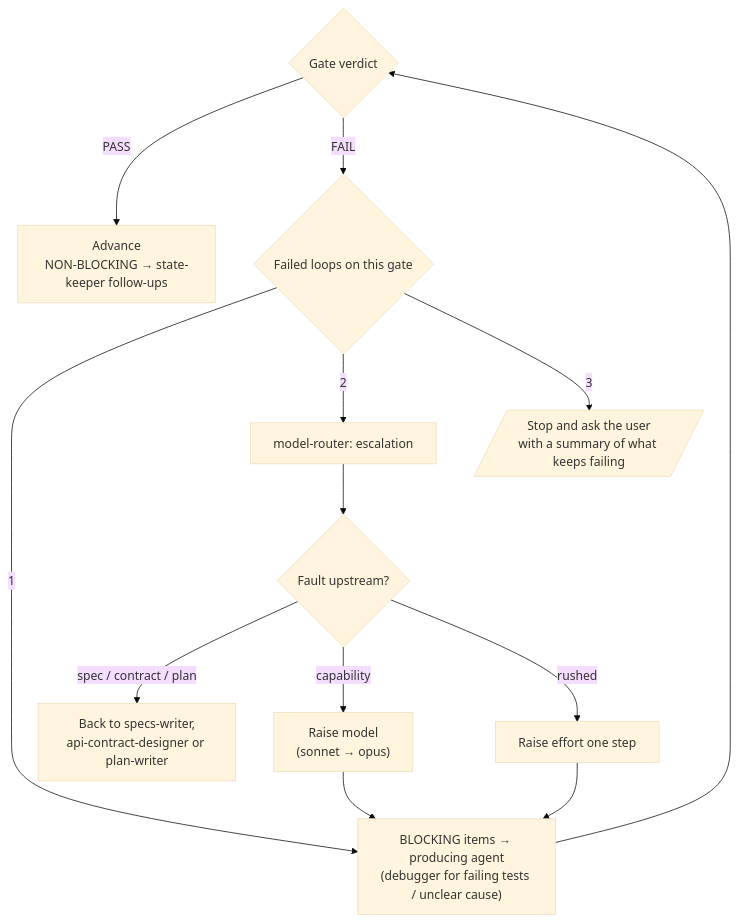
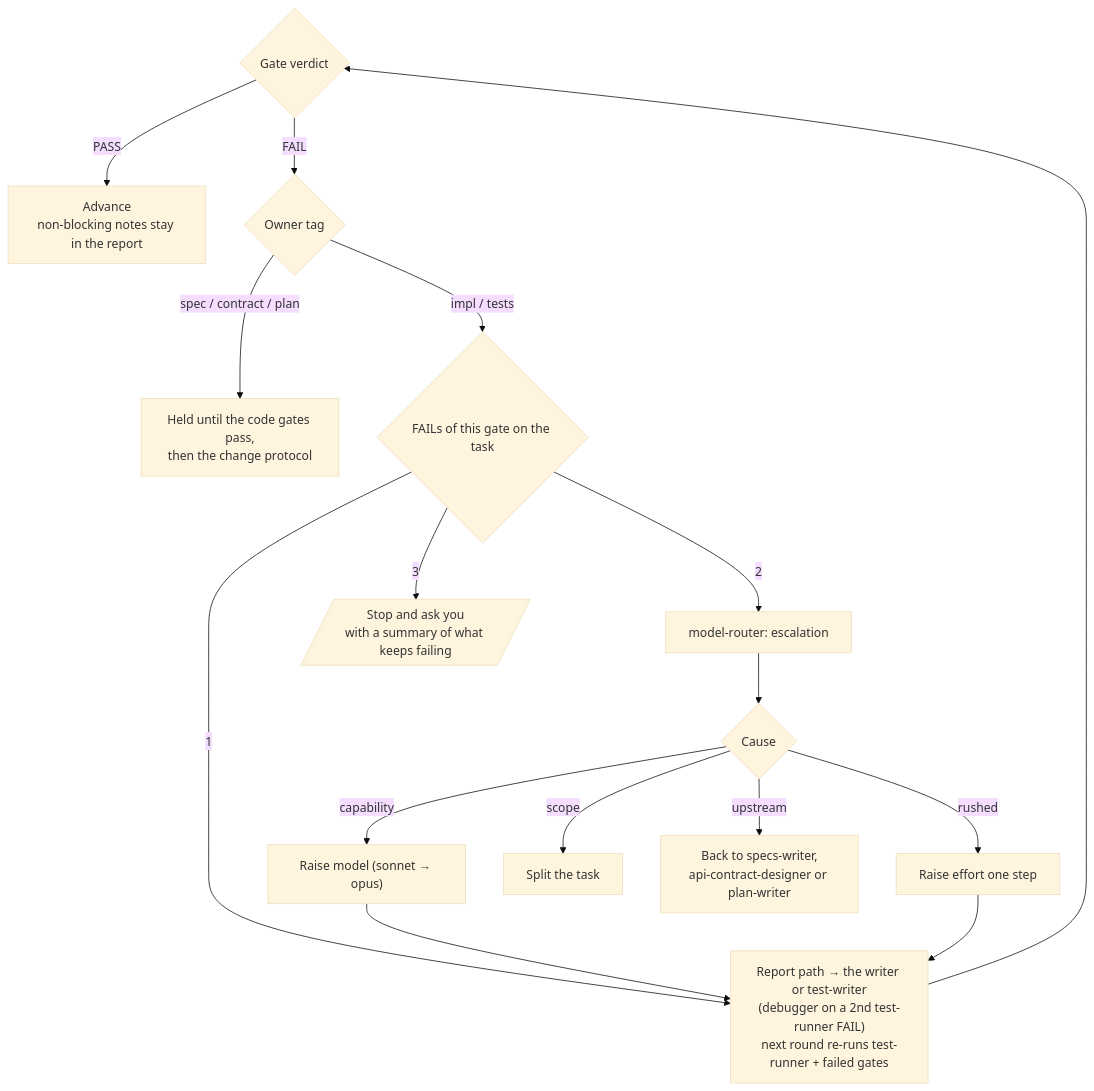
The second of 3 diagrams in README.md (kazax-inc/claude-factory), drawn with Mermaid (base theme) before and after one commit. The commit also changed other lines of this file and 68 other files, not shown here.

````diff
--- a/README.md
+++ b/README.md
@@ -207,13 +230,15 @@
 ```mermaid
 flowchart TD
-    G{"Gate verdict"} -- PASS --> ADV["Advance<br/>NON-BLOCKING → state-keeper follow-ups"]
-    G -- FAIL --> N{"Failed loops on this gate"}
-    N -- "1" --> FIX["BLOCKING items → producing agent<br/>(debugger for failing tests / unclear cause)"]
-    FIX --> G
+    G{"Gate verdict"} -- PASS --> ADV["Advance<br/>non-blocking notes stay in the report"]
+    G -- FAIL --> T{"Owner tag"}
+    T -- "spec / contract / plan" --> HOLD["Held until the code gates pass,<br/>then the change protocol"]
+    T -- "impl / tests" --> N{"FAILs of this gate on the task"}
+    N -- "1" --> FIX["Report path → the writer or test-writer<br/>(debugger on a 2nd test-runner FAIL)<br/>next round re-runs test-runner + failed gates"] --> G
     N -- "2" --> ESC["model-router: escalation"]
-    ESC --> WHERE{"Fault upstream?"}
-    WHERE -- "spec / contract / plan" --> UP["Back to specs-writer,<br/>api-contract-designer or plan-writer"]
-    WHERE -- "capability" --> MODEL["Raise model<br/>(sonnet → opus)"] --> FIX
-    WHERE -- "rushed" --> EFFORT["Raise effort one step"] --> FIX
-    N -- "3" --> ASK[/"Stop and ask the user<br/>with a summary of what keeps failing"/]
+    ESC --> WHERE{"Cause"}
+    WHERE -- capability --> MODEL["Raise model (sonnet → opus)"] --> FIX
+    WHERE -- rushed --> EFFORT["Raise effort one step"] --> FIX
+    WHERE -- scope --> SPLIT["Split the task"]
+    WHERE -- upstream --> UP["Back to specs-writer,<br/>api-contract-designer or plan-writer"]
+    N -- "3" --> ASK[/"Stop and ask you<br/>with a summary of what keeps failing"/]
 ```
````
